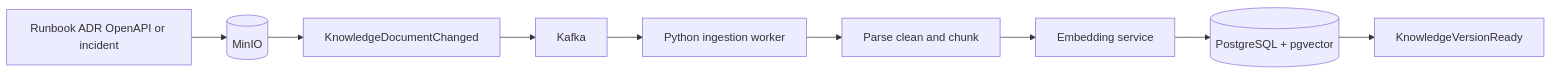
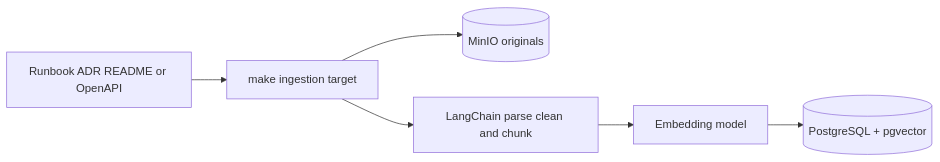
The second of 3 diagrams in docs/master-plan.md (varunpathania86/realtime-payment-platform), drawn with Mermaid before and after one commit. The commit also changed other lines of this file and 3 other files, not shown here.

Commit message:
docs(roadmap): prioritize lakehouse, BI and MCP assistant (#11)

````diff
--- a/docs/master-plan.md
+++ b/docs/master-plan.md
@@ -1484,11 +1483,8 @@
 ```mermaid
 flowchart LR
-    SRC[Runbook ADR OpenAPI or incident] --> OBJ[(MinIO)]
-    OBJ --> EVT[KnowledgeDocumentChanged]
-    EVT --> K[Kafka]
-    K --> ING[Python ingestion worker]
-    ING --> PARSE[Parse clean and chunk]
-    PARSE --> EMB[Embedding service]
+    SRC[Runbook ADR README or OpenAPI] --> MAKE[make ingestion target]
+    MAKE --> OBJ[(MinIO originals)]
+    MAKE --> PARSE[LangChain parse clean and chunk]
+    PARSE --> EMB[Embedding model]
     EMB --> PG[(PostgreSQL + pgvector)]
-    PG --> READY[KnowledgeVersionReady]
 ```
````
